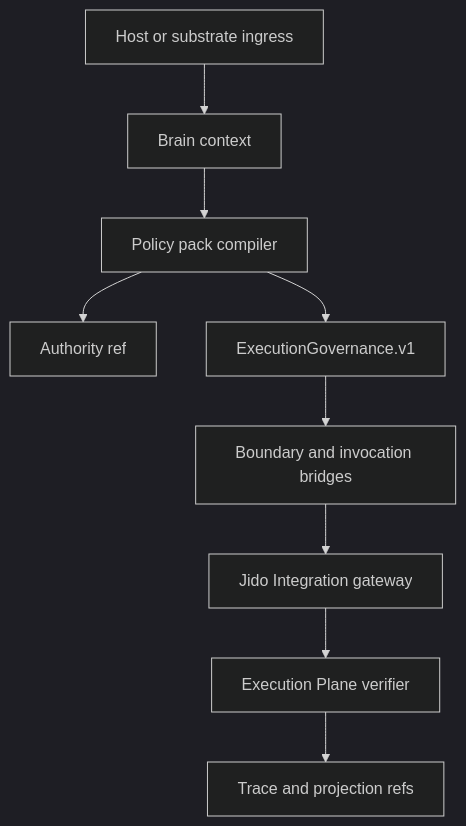
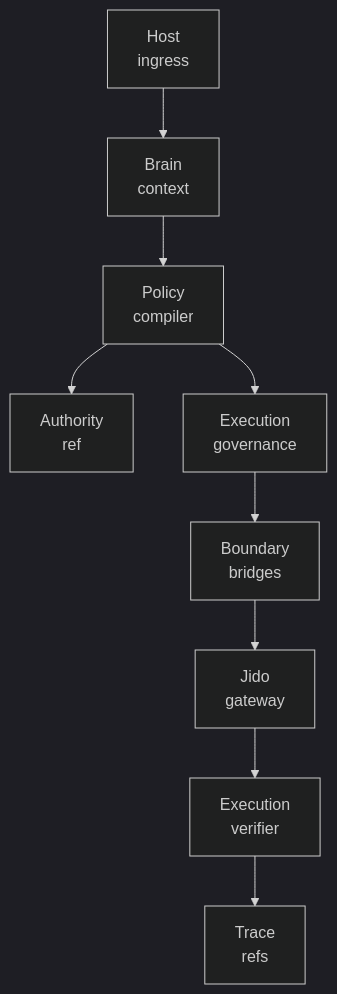
Before and after one commit to nshkrdotcom/Citadel: the first of 2 diagrams in README.md, drawn with Mermaid (dark theme). The commit also changed other lines of this file, not shown here.

Commit message:
docs: wrap README Mermaid labels

````diff
--- a/README.md
+++ b/README.md
@@ -82,11 +82,11 @@
 ```mermaid
 flowchart TD
-  Host["Host or substrate ingress"] --> Context["Brain context"]
-  Context --> Policy["Policy pack compiler"]
-  Policy --> Authority["Authority ref"]
-  Policy --> Governance["ExecutionGovernance.v1"]
-  Governance --> Bridge["Boundary and invocation bridges"]
-  Bridge --> Jido["Jido Integration gateway"]
-  Jido --> Execution["Execution Plane verifier"]
-  Execution --> Evidence["Trace and projection refs"]
+  Host["Host<br/>ingress"] --> Context["Brain<br/>context"]
+  Context --> Policy["Policy<br/>compiler"]
+  Policy --> Authority["Authority<br/>ref"]
+  Policy --> Governance["Execution<br/>governance"]
+  Governance --> Bridge["Boundary<br/>bridges"]
+  Bridge --> Jido["Jido<br/>gateway"]
+  Jido --> Execution["Execution<br/>verifier"]
+  Execution --> Evidence["Trace<br/>refs"]
 ```
````
